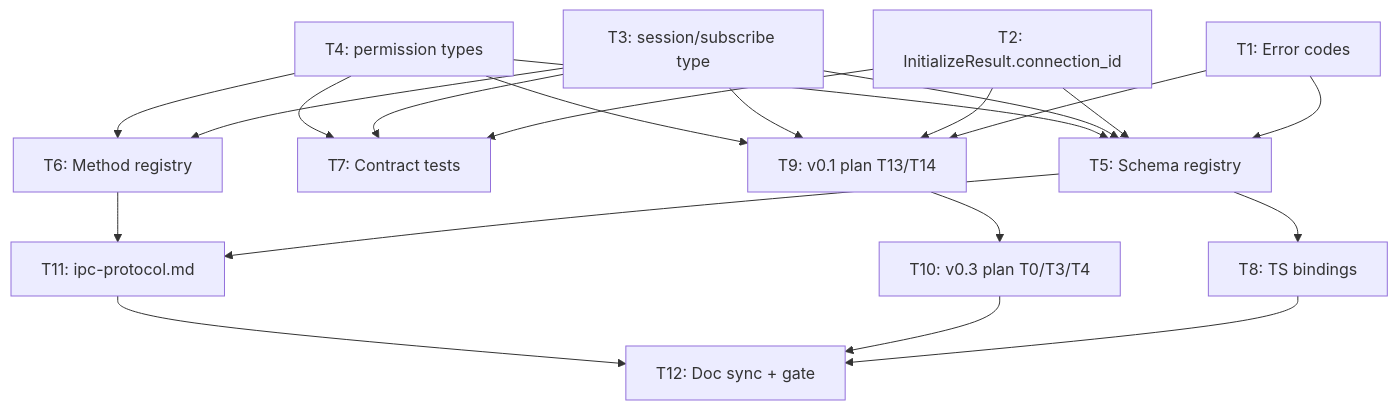
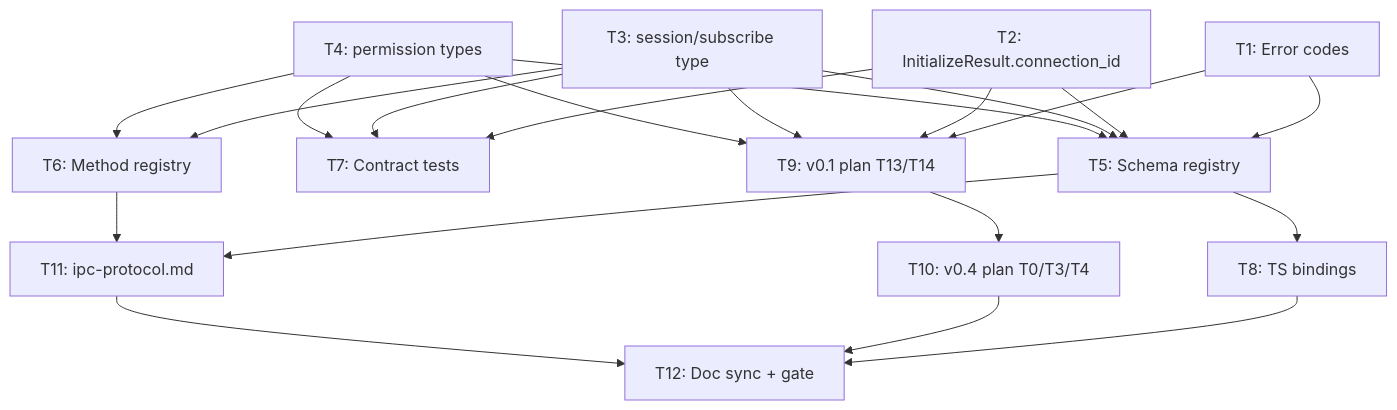
The diagram in docs/superpowers/plans/2026-08-15-agentj-daemon-kernel-plan.md (JeillZhang/agentj), drawn with Mermaid before and after one commit. The commit also changed other lines of this file and 8 other files, not shown here.

````diff
--- a/docs/superpowers/plans/2026-08-15-agentj-daemon-kernel-plan.md
+++ b/docs/superpowers/plans/2026-08-15-agentj-daemon-kernel-plan.md
@@ -943,23 +943,23 @@
 ```mermaid
 graph TD
     T1["T1: Error codes"] --> T5["T5: Schema registry"]
     T2["T2: InitializeResult.connection_id"] --> T5
     T3["T3: session/subscribe type"] --> T5
     T4["T4: permission types"] --> T5
     T2 --> T7["T7: Contract tests"]
     T3 --> T7
     T4 --> T7
     T3 --> T6["T6: Method registry"]
     T4 --> T6
     T1 --> T9["T9: v0.1 plan T13/T14"]
     T2 --> T9
     T3 --> T9
     T4 --> T9
     T5 --> T8["T8: TS bindings"]
     T5 --> T11["T11: ipc-protocol.md"]
     T6 --> T11
-    T9 --> T10["T10: v0.3 plan T0/T3/T4"]
+    T9 --> T10["T10: v0.4 plan T0/T3/T4"]
     T8 --> T12["T12: Doc sync + gate"]
     T10 --> T12
     T11 --> T12
 ```
````
